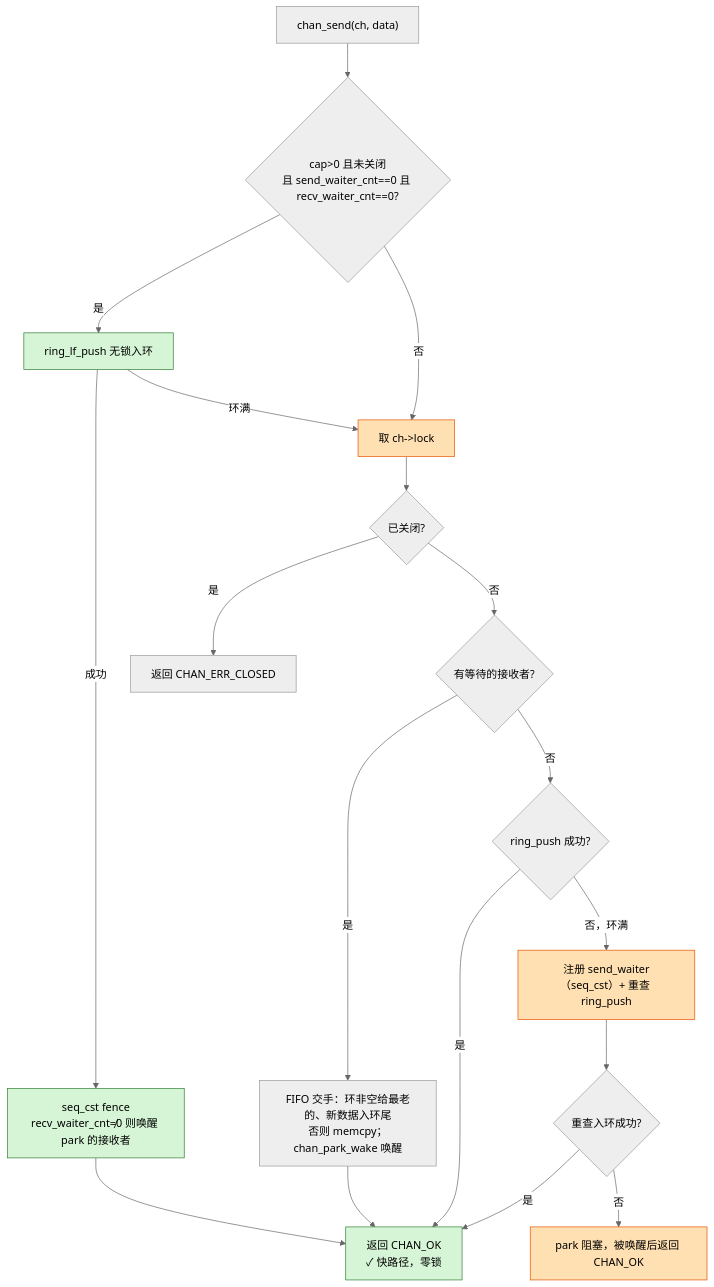
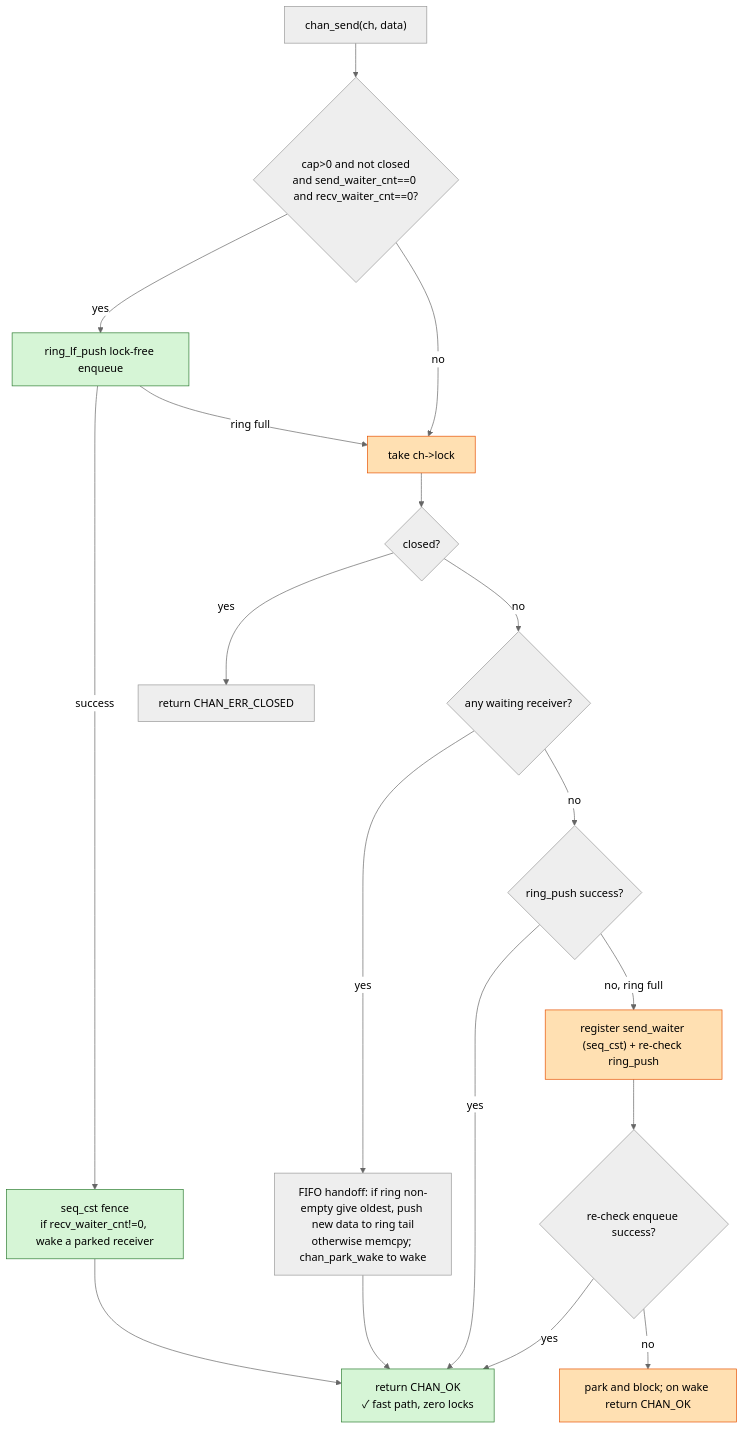
Before and after one commit to calcky/libchan: the second of 4 diagrams in doc/architecture.md, drawn with Mermaid (neutral theme). The commit also changed other lines of this file and 30 other files, not shown here.

````diff
--- a/doc/architecture.md
+++ b/doc/architecture.md
@@ -70,24 +69,24 @@
 ```mermaid
 flowchart TD
-    SA["chan_send(ch, data)"] --> SB{"cap>0 且未关闭<br/>且 send_waiter_cnt==0 且 recv_waiter_cnt==0?"}
-    SB -->|是| SC["ring_lf_push 无锁入环"]
-    SC -->|成功| SW["seq_cst fence<br/>recv_waiter_cnt≠0 则唤醒 park 的接收者"]
-    SW --> SOK["返回 CHAN_OK<br/>✓ 快路径，零锁"]
-    SC -->|环满| SL["取 ch->lock"]
-    SB -->|否| SL
-    SL --> SD{"已关闭?"}
-    SD -->|是| SCLOSED["返回 CHAN_ERR_CLOSED"]
-    SD -->|否| SE{"有等待的接收者?"}
-    SE -->|是| SF["FIFO 交手：环非空给最老的、新数据入环尾<br/>否则 memcpy；chan_park_wake 唤醒"] --> SOK
-    SE -->|否| SG{"ring_push 成功?"}
-    SG -->|是| SOK
-    SG -->|"否，环满"| SH["注册 send_waiter（seq_cst）+ 重查 ring_push"]
-    SH --> SH2{"重查入环成功?"}
-    SH2 -->|是| SOK
-    SH2 -->|否| SP["park 阻塞，被唤醒后返回 CHAN_OK"]
+    SA["chan_send(ch, data)"] --> SB{"cap>0 and not closed<br/>and send_waiter_cnt==0 and recv_waiter_cnt==0?"}
+    SB -->|yes| SC["ring_lf_push lock-free enqueue"]
+    SC -->|success| SW["seq_cst fence<br/>if recv_waiter_cnt!=0, wake a parked receiver"]
+    SW --> SOK["return CHAN_OK<br/>✓ fast path, zero locks"]
+    SC -->|ring full| SL["take ch->lock"]
+    SB -->|no| SL
+    SL --> SD{"closed?"}
+    SD -->|yes| SCLOSED["return CHAN_ERR_CLOSED"]
+    SD -->|no| SE{"any waiting receiver?"}
+    SE -->|yes| SF["FIFO handoff: if ring non-empty give oldest, push new data to ring tail<br/>otherwise memcpy; chan_park_wake to wake"] --> SOK
+    SE -->|no| SG{"ring_push success?"}
+    SG -->|yes| SOK
+    SG -->|"no, ring full"| SH["register send_waiter (seq_cst) + re-check ring_push"]
+    SH --> SH2{"re-check enqueue success?"}
+    SH2 -->|yes| SOK
+    SH2 -->|no| SP["park and block; on wake return CHAN_OK"]
 
     classDef fast fill:#d6f5d6,stroke:#2e7d32;
     classDef slow fill:#ffe0b2,stroke:#e65100;
     class SC,SW,SOK fast;
     class SL,SH,SP slow;
 ```
````
